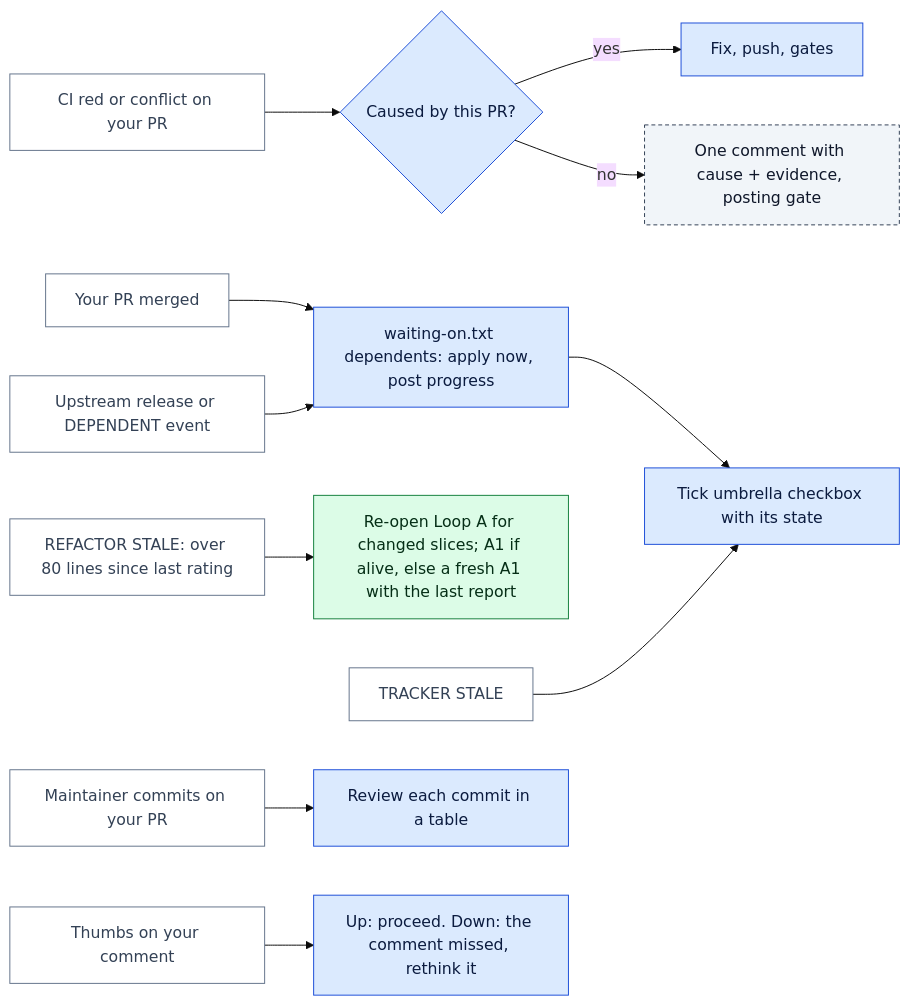
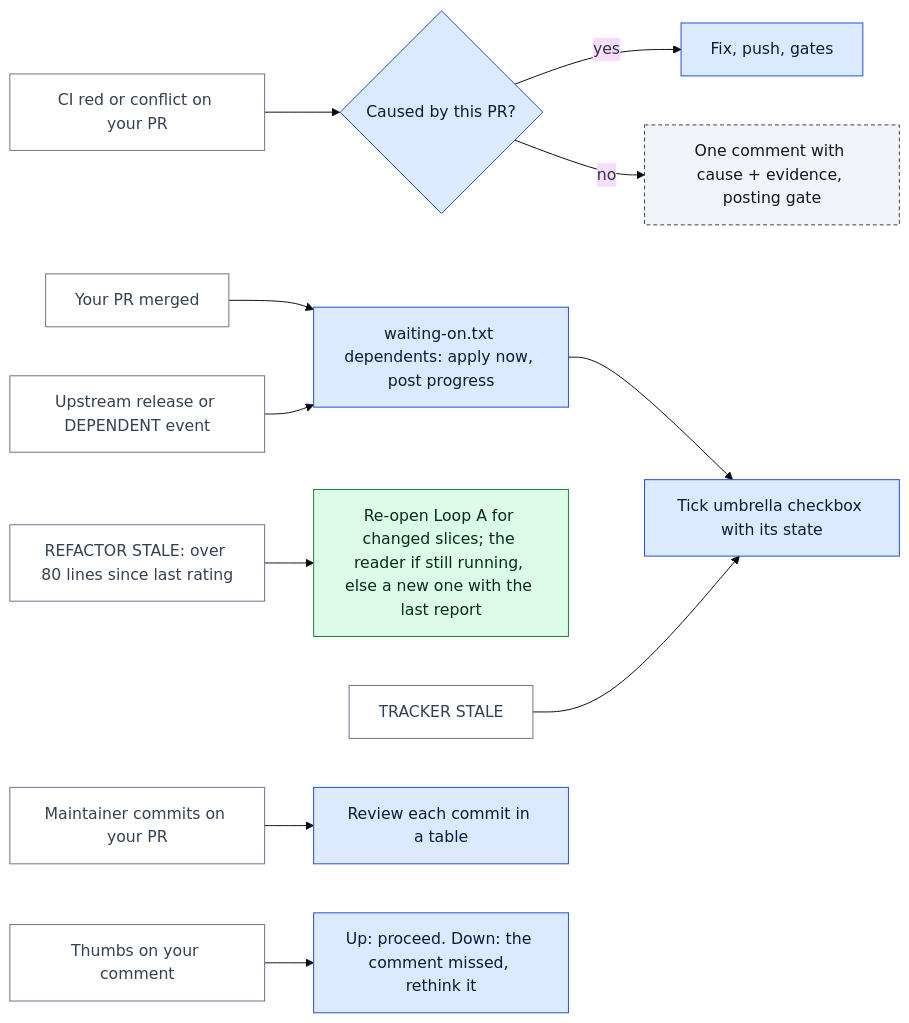
One commit to nitedani/mergeworthy changed the diagram in docs/graphs/5-events.mmd. Above: the diagram before and after it, drawn with Mermaid (base theme). The commit also changed 20 other files, not shown here.

```diff
--- a/docs/graphs/5-events.mmd
+++ b/docs/graphs/5-events.mmd
@@ -1,17 +1,17 @@
 flowchart LR
   CI[CI red or conflict on your PR]:::ext --> W{Caused by this PR?}:::main
   W -->|yes| FIX[Fix, push, gates]:::main
   W -->|no| NOTE[One comment with cause + evidence, posting gate]:::gate
   MG[Your PR merged]:::ext --> DEP[waiting-on.txt dependents: apply now, post progress]:::main --> TR[Tick umbrella checkbox with its state]:::main
   REL[Upstream release or DEPENDENT event]:::ext --> DEP
-  RS[REFACTOR STALE: over 80 lines since last rating]:::ext --> RR[Re-open Loop A for changed slices; A1 if alive, else a fresh A1 with the last report]:::reader
+  RS[REFACTOR STALE: over 80 lines since last rating]:::ext --> RR[Re-open Loop A for changed slices; the reader if still running, else a new one with the last report]:::reader
   TS[TRACKER STALE]:::ext --> TR
   MC[Maintainer commits on your PR]:::ext --> TBL[Review each commit in a table]:::main
   TH[Thumbs on your comment]:::ext --> ACK[Up: proceed. Down: the comment missed, rethink it]:::main
   classDef main fill:#dbeafe,stroke:#1d4ed8,color:#0b1b3f
   classDef reader fill:#dcfce7,stroke:#15803d,color:#052e16
   classDef fresh fill:#fef3c7,stroke:#b45309,color:#3b1d02
   classDef diverge fill:#f3e8ff,stroke:#7e22ce,color:#2e1065
   classDef local fill:#ffe4e6,stroke:#be123c,color:#4c0519
   classDef gate fill:#f1f5f9,stroke:#334155,color:#0f172a,stroke-dasharray:4 3
   classDef ext fill:#ffffff,stroke:#64748b,color:#334155
```
